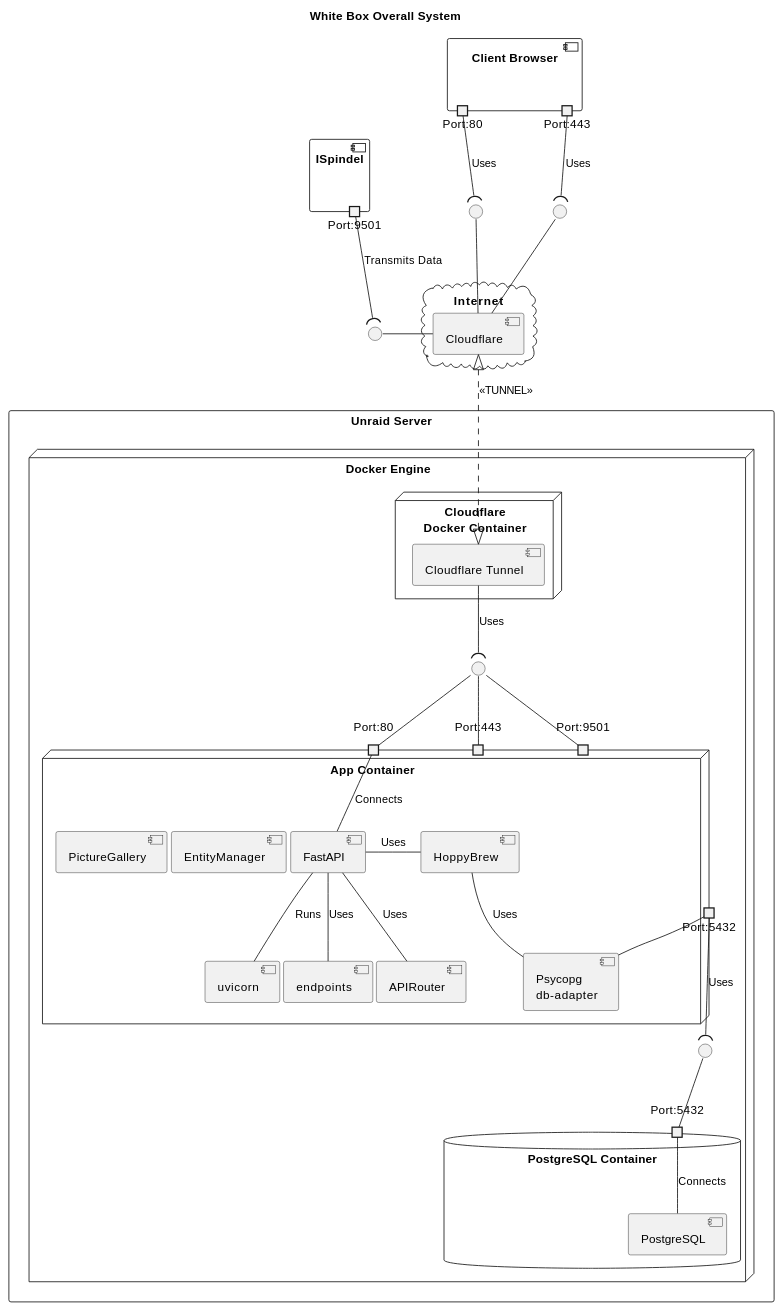
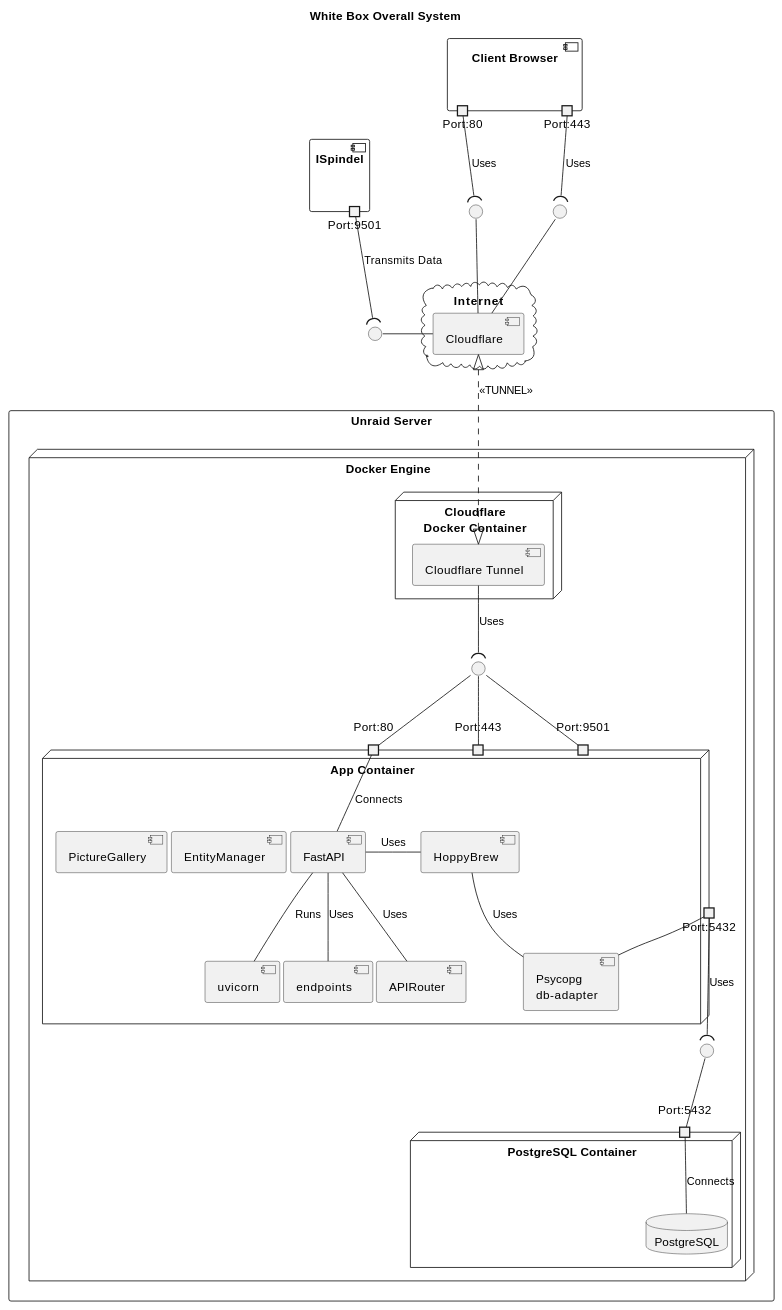
Before and after one commit to asbor/iu-project-software-engineering: the fourth of 5 diagrams in documents/01-Conception-Phase/00-HoppyBrew.md, drawn with PlantUML. The commit also changed 3 other files, not shown here.

```diff
--- a/documents/01-Conception-Phase/00-HoppyBrew.md
+++ b/documents/01-Conception-Phase/00-HoppyBrew.md
@@ -525,8 +525,8 @@
         I04 -- port443
         I04 -- port9501
 
-        database "PostgreSQL Container" {
-            component "PostgreSQL" as PostgreSQL
+        node "PostgreSQL Container" {
+            database "PostgreSQL" as PostgreSQL
             portin "Port:5432" as PostgreSQL_port5432
             PostgreSQL_port5432 - PostgreSQL : Connects
         }
```
